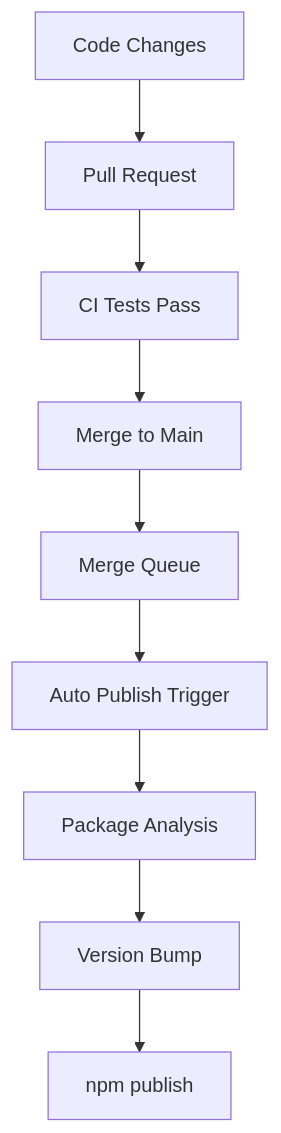
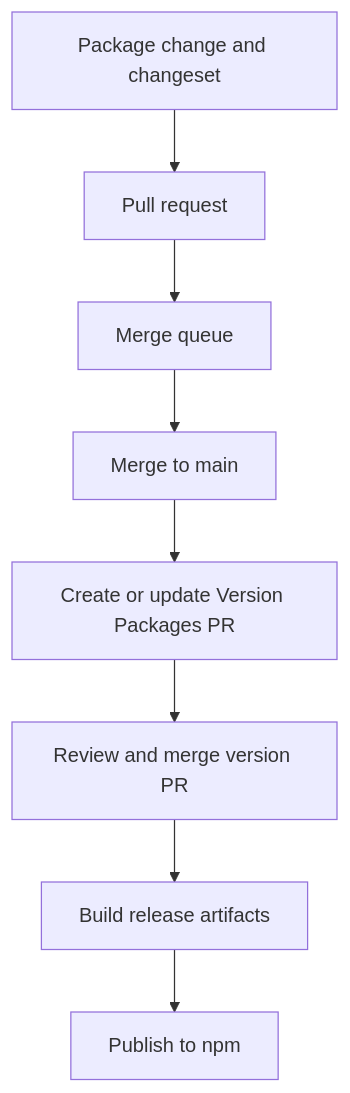
Before and after one commit to nodejs/nodejs.org: the diagram in docs/package-publishing.md, drawn with Mermaid. The commit also changed other lines of this file and 11 other files, not shown here.

````diff
--- a/docs/package-publishing.md
+++ b/docs/package-publishing.md
@@ -42,11 +64,10 @@
 ```mermaid
 graph TD
-    A[Code Changes] --> B[Pull Request]
-    B --> C[CI Tests Pass]
-    C --> D[Merge to Main]
-    D --> E[Merge Queue]
-    E --> F[Auto Publish Trigger]
-    F --> G[Package Analysis]
-    G --> H[Version Bump]
-    H --> I[npm publish]
+    A[Package change and changeset] --> B[Pull request]
+    B --> C[Merge queue]
+    C --> D[Merge to main]
+    D --> E[Create or update Version Packages PR]
+    E --> F[Review and merge version PR]
+    F --> G[Build release artifacts]
+    G --> H[Publish to npm]
 ```
````
